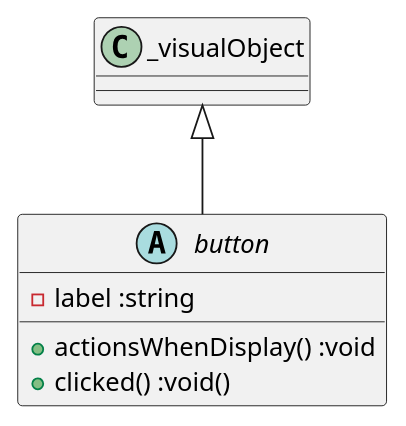
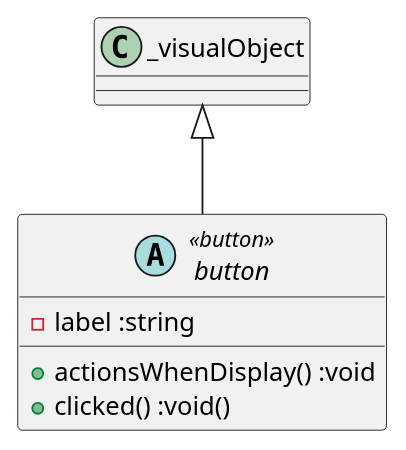
Before and after one commit to egrpy/UUMF: the seventh of 15 diagrams in uumf_classes.puml, drawn with PlantUML. The commit also changed other lines of this file, not shown here.

```diff
--- a/uumf_classes.puml
+++ b/uumf_classes.puml
@@ -37,7 +37,7 @@
 @startuml (id=button)
-  abstract class button extends _visualObject {
+  abstract class button <<button>> extends _visualObject {
     - label :string
     + actionsWhenDisplay() :void
     + clicked() :void()
   }
 @enduml
```
